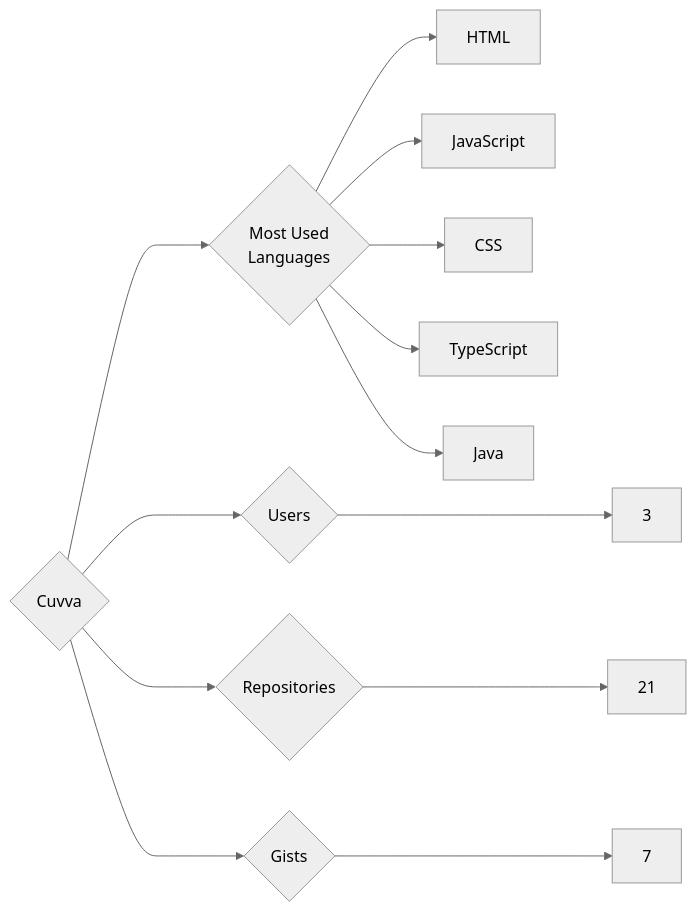
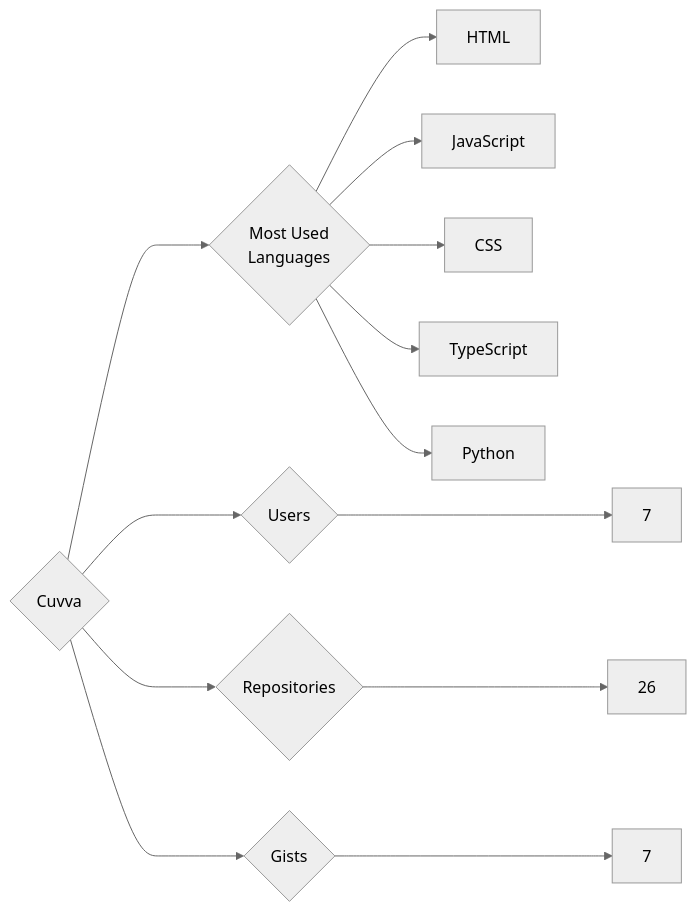
One commit to trickest/insiders changed the diagram in targets/Cuvva/README.md. Above: the diagram before and after it, drawn with Mermaid (neutral theme). The commit also changed 1123 other files, not shown here.

````diff
--- a/targets/Cuvva/README.md
+++ b/targets/Cuvva/README.md
@@ -3,13 +3,13 @@
 ```mermaid
 graph LR
 COMPANY_NAME{Cuvva}
-COMPANY_NAME ---> U{Users} ---> UN[3]
-COMPANY_NAME ---> R{Repositories} ---> RN[21]
+COMPANY_NAME ---> U{Users} ---> UN[7]
+COMPANY_NAME ---> R{Repositories} ---> RN[26]
 COMPANY_NAME ---> G{Gists} ---> GN[7]
 COMPANY_NAME ---> ML{Most Used<br>Languages}
 ML --> HTML[HTML]
 ML --> JavaScript[JavaScript]
 ML --> CSS[CSS]
 ML --> TypeScript[TypeScript]
-ML --> Java[Java]
+ML --> Python[Python]
 ```
````
